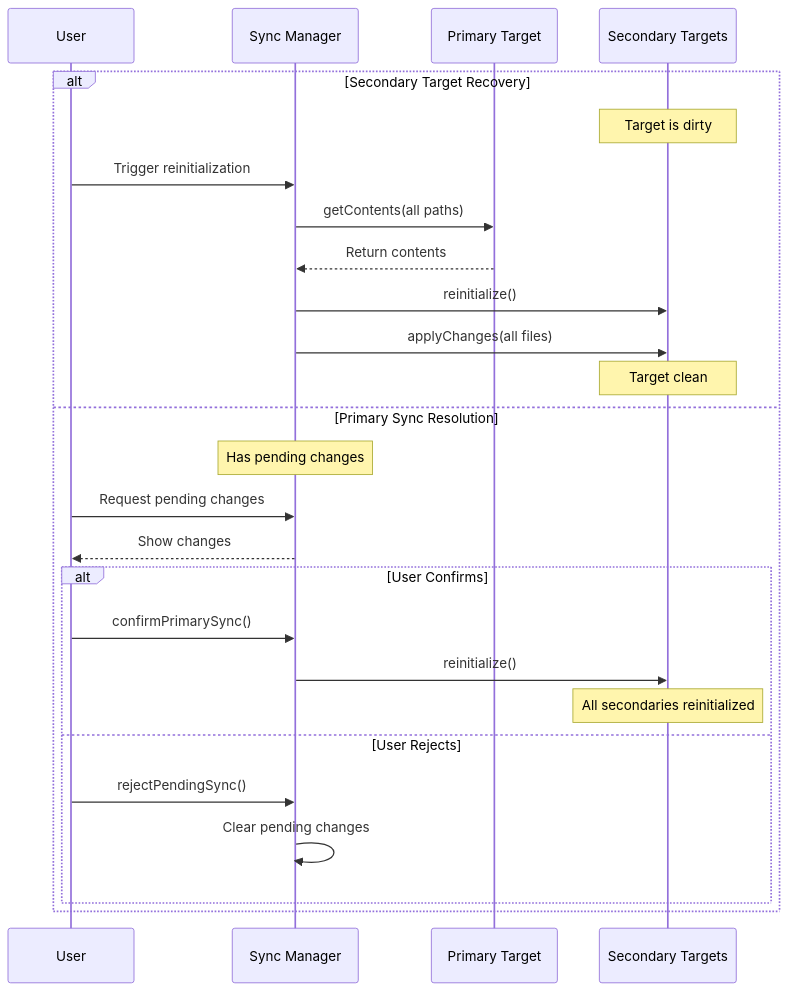
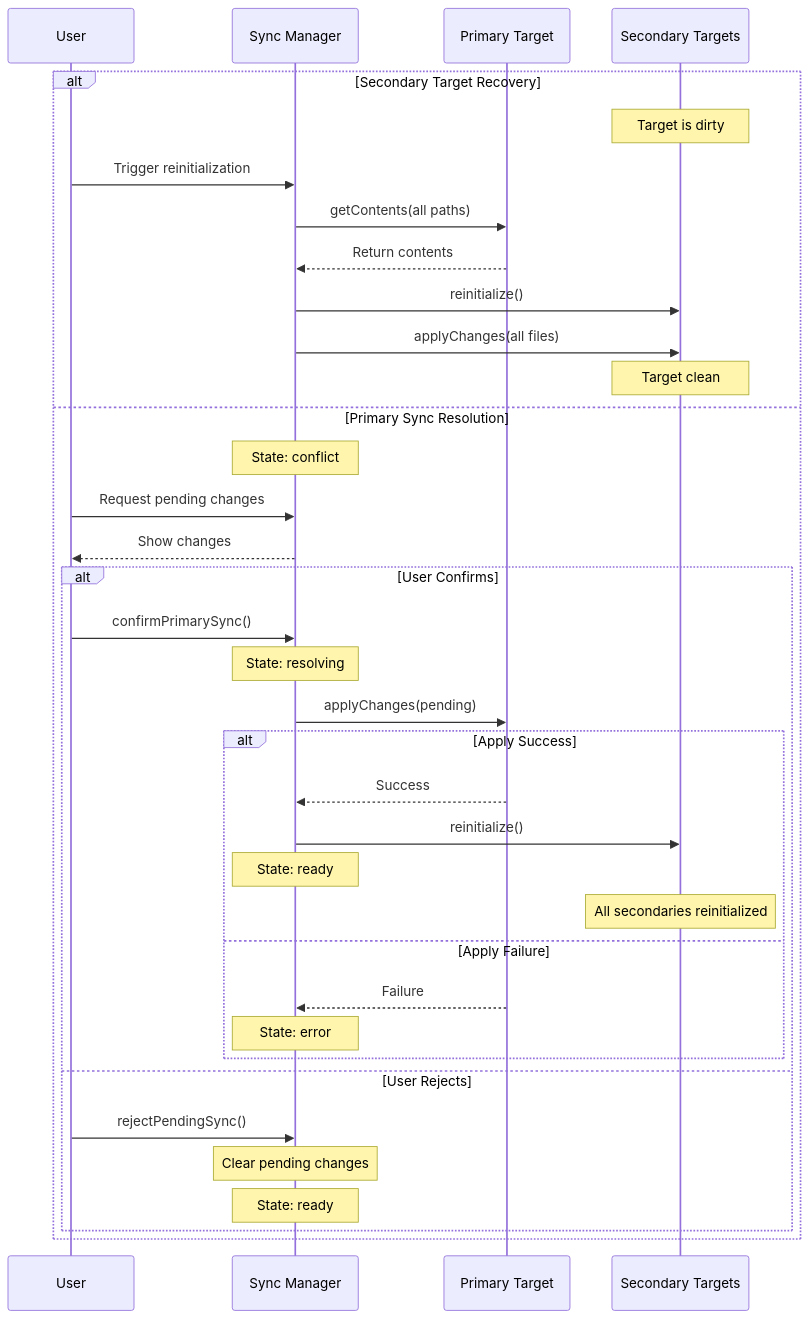
Before and after one commit to mrsimpson/piddie: diagram 11 of 19 in packages/files-management/README.md, drawn with Mermaid. The commit also changed other lines of this file and 15 other files, not shown here.

````diff
--- a/packages/files-management/README.md
+++ b/packages/files-management/README.md
@@ -325,31 +311,42 @@
 ```mermaid
 sequenceDiagram
     participant U as User
     participant SM as Sync Manager
     participant P as Primary Target
     participant S as Secondary Targets
 
     alt Secondary Target Recovery
         Note over S: Target is dirty
         U->>SM: Trigger reinitialization
         SM->>P: getContents(all paths)
         P-->>SM: Return contents
         SM->>S: reinitialize()
         SM->>S: applyChanges(all files)
         Note over S: Target clean
 
     else Primary Sync Resolution
-        Note over SM: Has pending changes
+        Note over SM: State: conflict
         U->>SM: Request pending changes
         SM-->>U: Show changes
 
         alt User Confirms
             U->>SM: confirmPrimarySync()
-            SM->>S: reinitialize()
-            Note over S: All secondaries reinitialized
+            Note over SM: State: resolving
+            SM->>P: applyChanges(pending)
+
+            alt Apply Success
+                P-->>SM: Success
+                SM->>S: reinitialize()
+                Note over SM: State: ready
+                Note over S: All secondaries reinitialized
+            else Apply Failure
+                P-->>SM: Failure
+                Note over SM: State: error
+            end
         else User Rejects
             U->>SM: rejectPendingSync()
-            SM->>SM: Clear pending changes
+            Note over SM: Clear pending changes
+            Note over SM: State: ready
         end
     end
 ```
````
